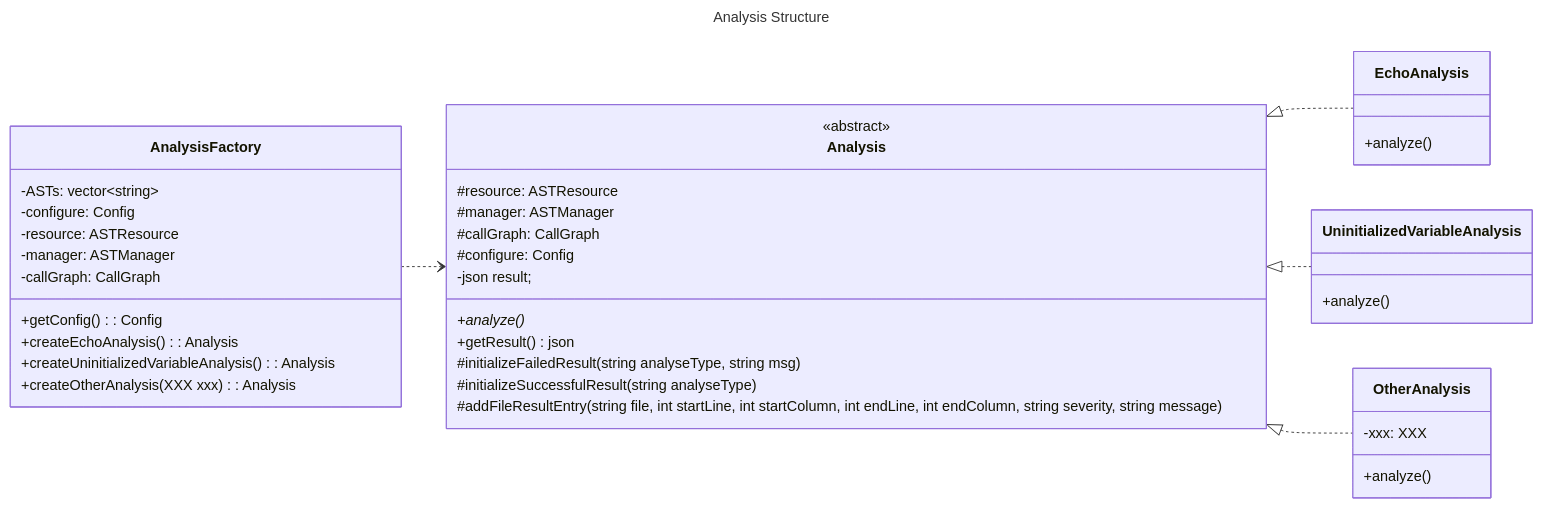
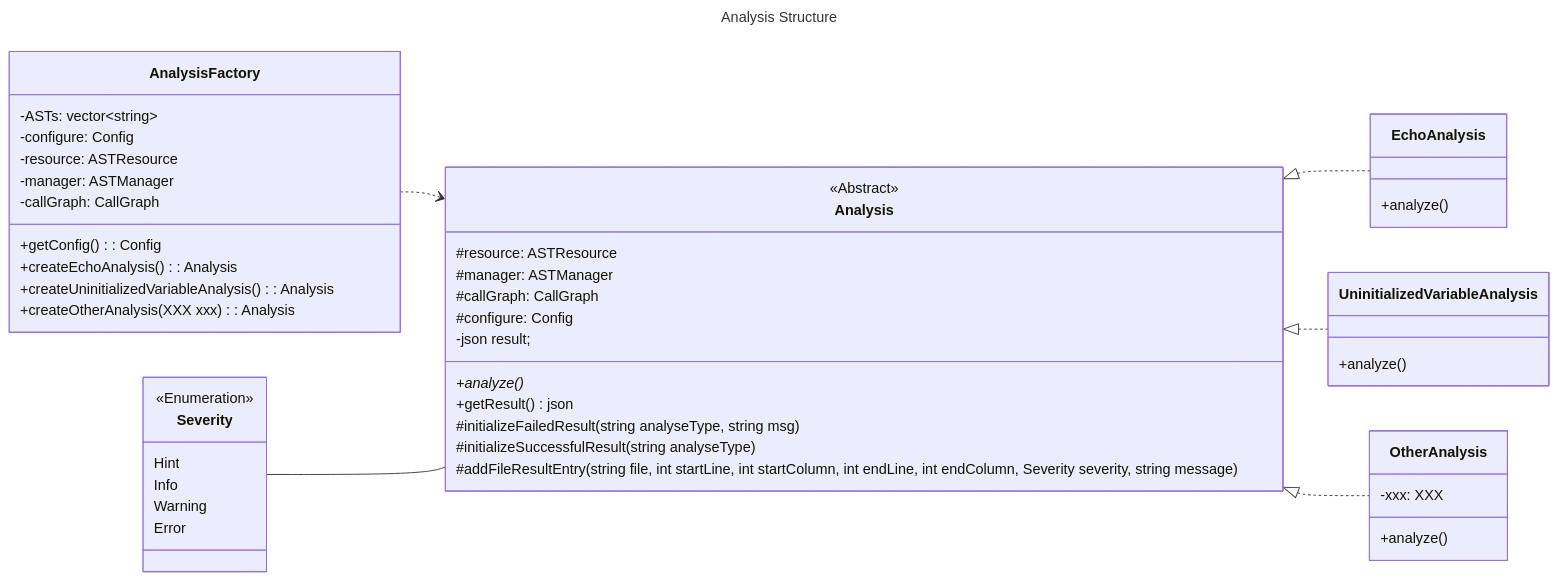
One commit to StaticAnalyzer/StaticAnalyzer-Algorithm changed the diagram in docs/GUIDELINE.md. Above: the diagram before and after it, drawn with Mermaid. The commit also changed other lines of this file and 1 other file, not shown here.

Commit message:
doc: add severity enumeration information to guideline

````diff
--- a/docs/GUIDELINE.md
+++ b/docs/GUIDELINE.md
@@ -137,52 +138,61 @@
 ```mermaid
 ---
 title: Analysis Structure
 ---
 classDiagram
 
 direction LR
 
 class AnalysisFactory {
 	-ASTs: vector~string~
 	-configure: Config
 	-resource: ASTResource
     -manager: ASTManager
     -callGraph: CallGraph
     +getConfig(): Config
     +createEchoAnalysis(): Analysis
     +createUninitializedVariableAnalysis(): Analysis
     +createOtherAnalysis(XXX xxx): Analysis
 }
 
+class Severity {
+	<<Enumeration>>
+	Hint
+	Info
+	Warning
+	Error
+}
+
 class Analysis {
-    <<abstract>>
+    <<Abstract>>
     #resource: ASTResource
     #manager: ASTManager
     #callGraph: CallGraph
     #configure: Config
     -json result;
     +analyze()*
     +getResult() json
     #initializeFailedResult(string analyseType, string msg)
     #initializeSuccessfulResult(string analyseType)
-    #addFileResultEntry(string file, int startLine, int startColumn, int endLine, int endColumn, string severity, string message)
+    #addFileResultEntry(string file, int startLine, int startColumn, int endLine, int endColumn, Severity severity, string message)
 }
 
 class EchoAnalysis {
 	+analyze()
 }
 
 class UninitializedVariableAnalysis {
 	+analyze()
 }
 
 class OtherAnalysis {
 	-xxx: XXX
 	+analyze()
 }
 
 AnalysisFactory ..> Analysis
+Severity -- Analysis
 Analysis <|.. EchoAnalysis
 Analysis <|.. UninitializedVariableAnalysis
 Analysis <|.. OtherAnalysis
 ```
````
